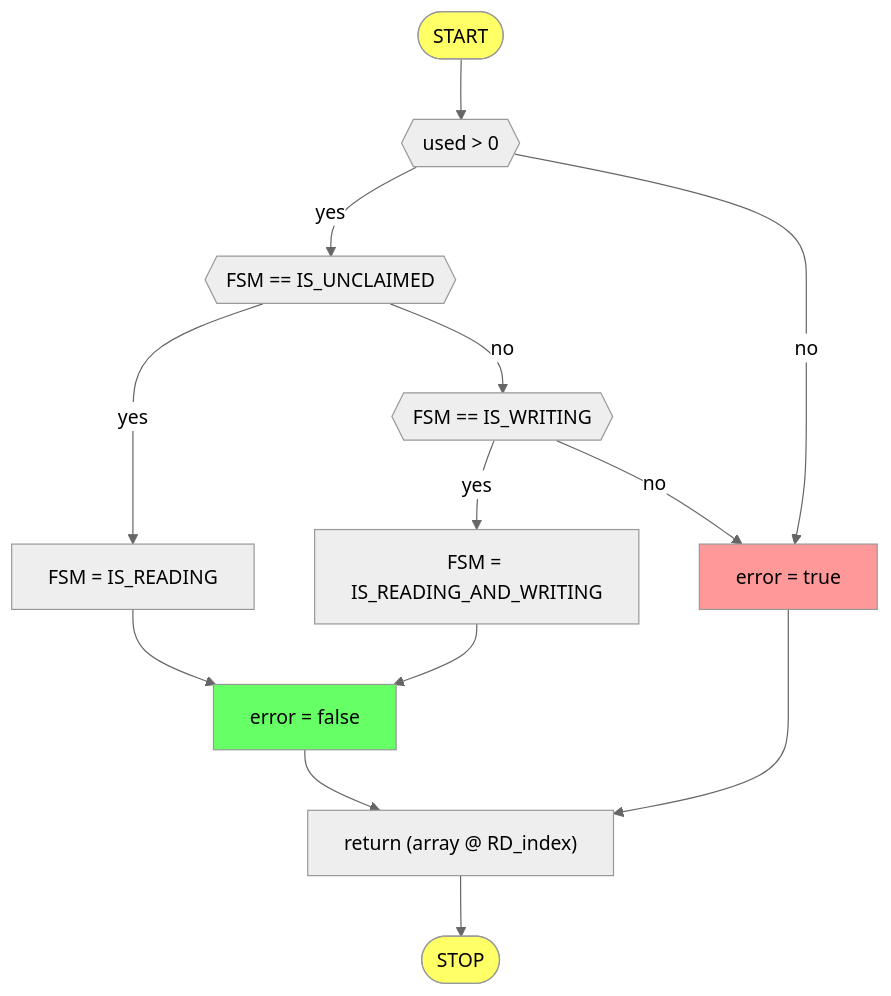
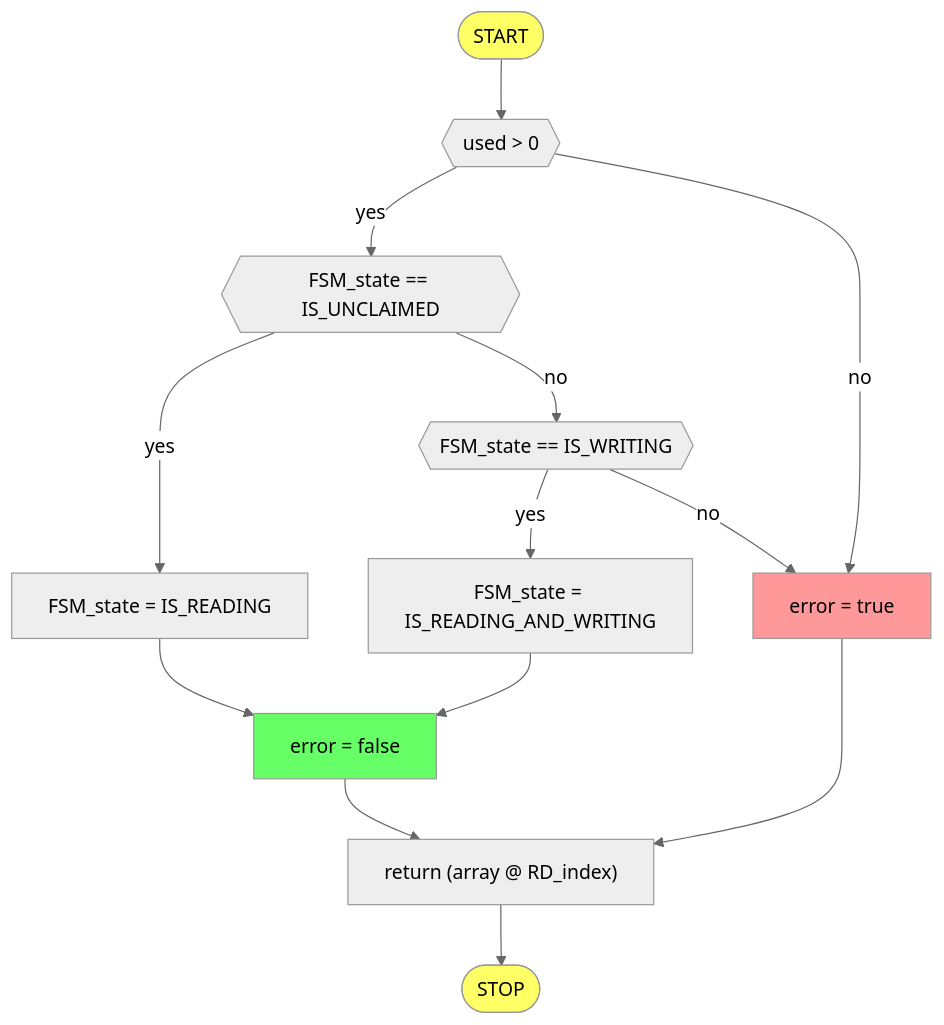
One commit to GinoBogo/gUIO changed the first of 5 diagrams in uml/GArrayRoller.md. Above: the diagram before and after it, drawn with Mermaid (neutral theme). The commit also changed other lines of this file, not shown here.

Commit message:
UML: added FSM states list for "GArrayRoller" flowcharts.

````diff
--- a/uml/GArrayRoller.md
+++ b/uml/GArrayRoller.md
@@ -8,33 +24,33 @@
 ```mermaid
 flowchart TB
 
 style start fill:#FF6
 style stop  fill:#FF6
 style EF    fill:#6F6
 style ET    fill:#F99
 
 start(["START"]) -->
 
 N1{{"used > 0"}}
 N1 -- yes --> N2
 N1 -- no  --> ET
 
-N2{{"FSM == IS_UNCLAIMED"}}
+N2{{"FSM_state == IS_UNCLAIMED"}}
 N2 -- yes --> N3
 N2 -- no  --> N4
 
-N3["FSM = IS_READING"] --> EF
+N3["FSM_state = IS_READING"] --> EF
 
-N4{{"FSM == IS_WRITING"}}
+N4{{"FSM_state == IS_WRITING"}}
 N4 -- yes --> N5
 N4 -- no  --> ET
 
-N5["FSM = IS_READING_AND_WRITING"] --> EF
+N5["FSM_state = IS_READING_AND_WRITING"] --> EF
 
 EF["error = false"] --> N6
 ET["error = true" ] --> N6
 
 N6["return (array @ RD_index)"] -->
 
 stop(["STOP"])
 ```
````
